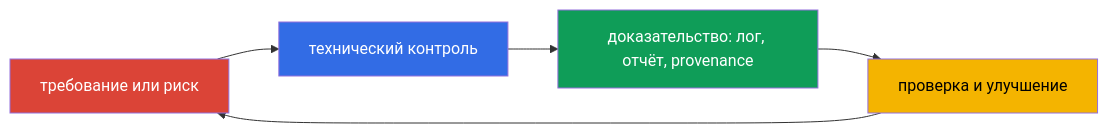
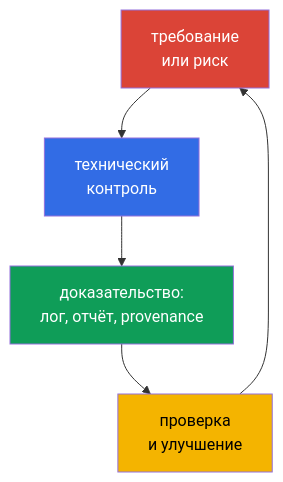
The first of 2 diagrams in tasks/kcsa/course/19/ru.md (ViktorUJ/cks), drawn with Mermaid before and after one commit. The commit also changed other lines of this file and 60 other files, not shown here.

````diff
--- a/tasks/kcsa/course/19/ru.md
+++ b/tasks/kcsa/course/19/ru.md
@@ -9,11 +9,11 @@
 ```mermaid
-flowchart LR
-    req["требование или риск"] --> control["технический контроль"]
-    control --> evidence["доказательство: лог, отчёт, provenance"]
-    evidence --> review["проверка и улучшение"]
+flowchart TB
+    req["требование<br/>или риск"] --> control["технический<br/>контроль"]
+    control --> evidence["доказательство:<br/>лог, отчёт, provenance"]
+    evidence --> review["проверка<br/>и улучшение"]
     review --> req
     style req fill:#db4437,color:#fff
     style control fill:#326ce5,color:#fff
     style evidence fill:#0f9d58,color:#fff
     style review fill:#f4b400,color:#000
 ```
````
